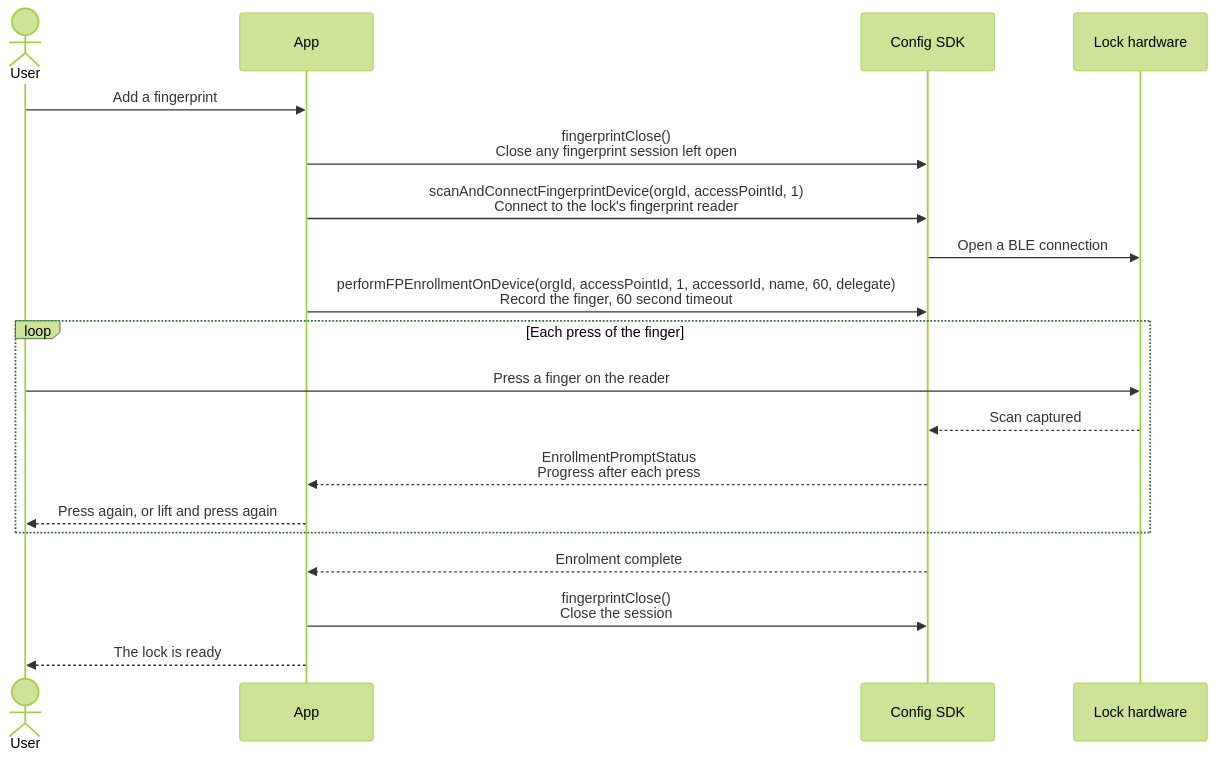
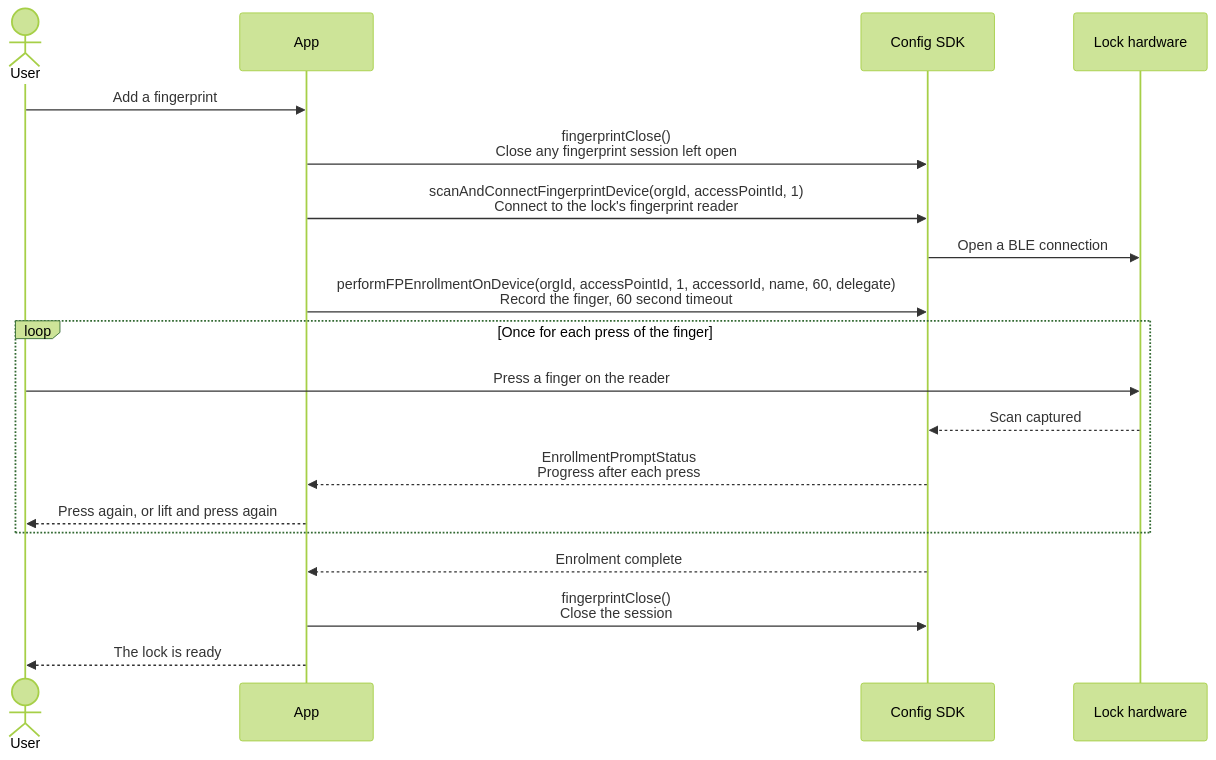
Before and after one commit to Yash-Wadatkar-Binaryveda/sdk-docs-site: diagram 13 of 16 in docs/lock-onboarding.md, drawn with Mermaid (forest theme). The commit also changed other lines of this file and 7 other files, not shown here.

````diff
--- a/docs/lock-onboarding.md
+++ b/docs/lock-onboarding.md
@@ -481,22 +543,22 @@
     ```mermaid
     sequenceDiagram
         actor U as User
         participant A as App
         participant C as Config SDK
         participant L as Lock hardware
 
         U->>A: Add a fingerprint
         A->>C: fingerprintClose()<br/>Close any fingerprint session left open
         A->>C: scanAndConnectFingerprintDevice(orgId, accessPointId, 1)<br/>Connect to the lock's fingerprint reader
         C->>L: Open a BLE connection
         A->>C: performFPEnrollmentOnDevice(orgId, accessPointId, 1, accessorId, name, 60, delegate)<br/>Record the finger, 60 second timeout
-        loop Each press of the finger
+        loop Once for each press of the finger
             U->>L: Press a finger on the reader
             L-->>C: Scan captured
             C-->>A: EnrollmentPromptStatus<br/>Progress after each press
             A-->>U: Press again, or lift and press again
         end
         C-->>A: Enrolment complete
         A->>C: fingerprintClose()<br/>Close the session
         A-->>U: The lock is ready
     ```
````
